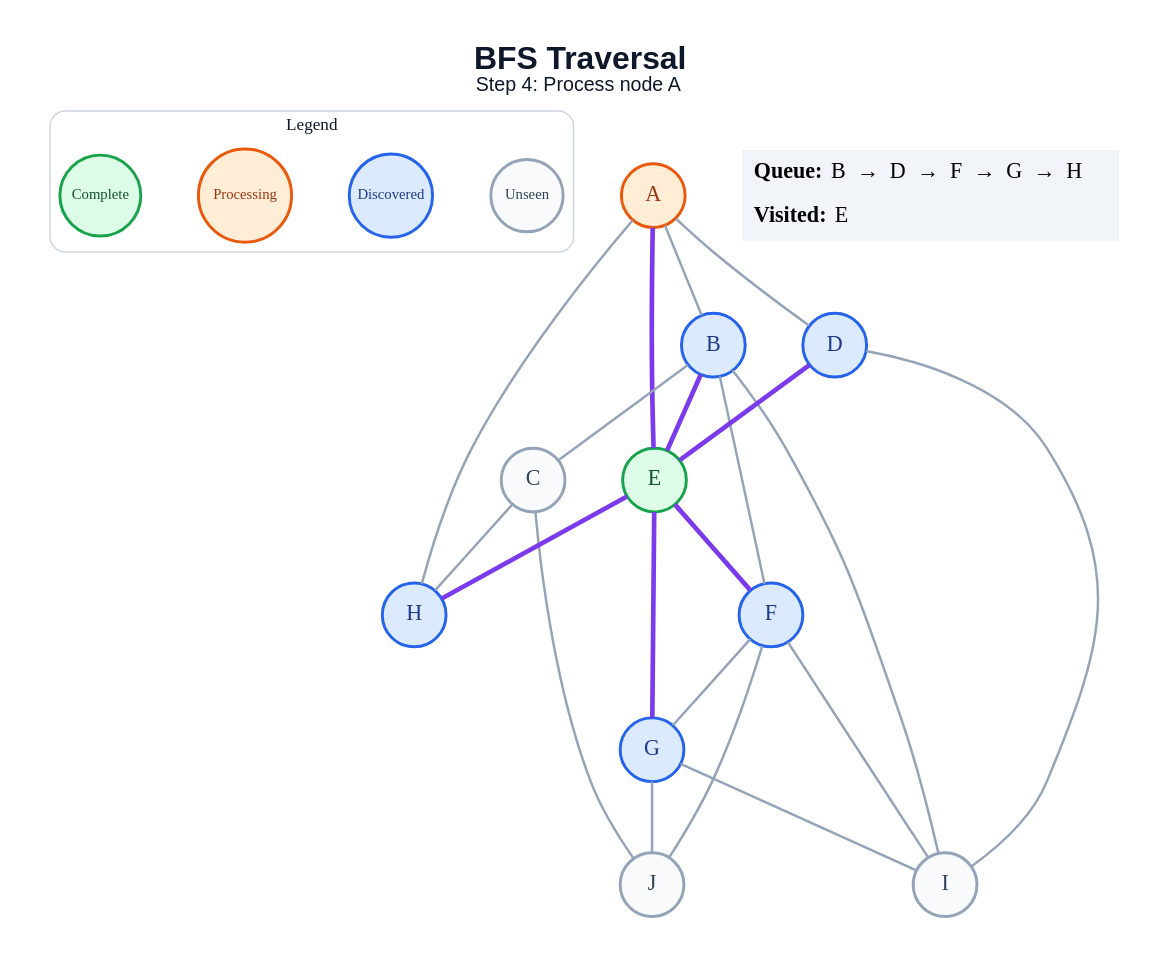
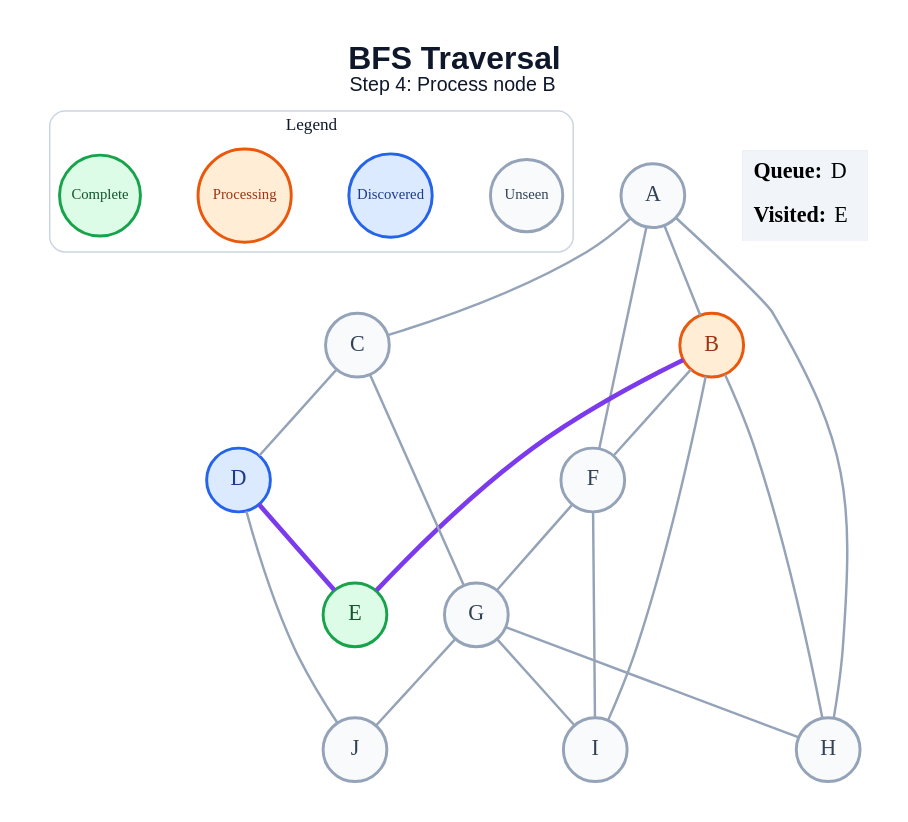
Before and after one commit to amanghodawala9/ai-slop: the diagram in generated/specific-node/bfs/step_04.dot, drawn with Graphviz. The commit also changed 178 other files, not shown here.

```diff
--- a/generated/specific-node/bfs/step_04.dot
+++ b/generated/specific-node/bfs/step_04.dot
@@ -1,49 +1,46 @@
 graph traversal {
   graph [layout=dot, rankdir=TB, bgcolor="#FFFFFF", pad="0.35", nodesep="0.65", ranksep="0.8", fontname="Arial"];
   node [shape=circle, style="filled", fontname="Arial Bold", fontsize=18, width=0.72, fixedsize=true, penwidth=2.4];
   edge [color="#94A3B8", penwidth=2.0];
-  label=<<B>BFS Traversal</B><BR/><FONT POINT-SIZE="16">Step 4: Process node A</FONT>>; labelloc="t"; fontsize=26; fontname="Arial"; fontcolor="#0F172A";
+  label=<<B>BFS Traversal</B><BR/><FONT POINT-SIZE="16">Step 4: Process node B</FONT>>; labelloc="t"; fontsize=26; fontname="Arial"; fontcolor="#0F172A";
   subgraph cluster_legend { label="Legend"; color="#CBD5E1"; penwidth=1.2; style="rounded"; fontsize=14; fontname="Arial Bold";
     key_unseen [label="Unseen", fillcolor="#F8FAFC", color="#94A3B8", fontcolor="#334155", fontsize=12, width=0.82];
     key_frontier [label="Discovered", fillcolor="#DBEAFE", color="#2563EB", fontcolor="#1E3A8A", fontsize=12, width=0.95];
     key_current [label="Processing", fillcolor="#FFEDD5", color="#EA580C", fontcolor="#9A3412", fontsize=12, width=1.05];
     key_done [label="Complete", fillcolor="#DCFCE7", color="#16A34A", fontcolor="#14532D", fontsize=12, width=0.92];
     { rank=same; key_unseen; key_frontier; key_current; key_done; }
   }
-  A [fillcolor="#FFEDD5", color="#EA580C", fontcolor="#9A3412"];
-  B [fillcolor="#DBEAFE", color="#2563EB", fontcolor="#1E3A8A"];
+  A [fillcolor="#F8FAFC", color="#94A3B8", fontcolor="#334155"];
+  B [fillcolor="#FFEDD5", color="#EA580C", fontcolor="#9A3412"];
   C [fillcolor="#F8FAFC", color="#94A3B8", fontcolor="#334155"];
   D [fillcolor="#DBEAFE", color="#2563EB", fontcolor="#1E3A8A"];
   E [fillcolor="#DCFCE7", color="#16A34A", fontcolor="#14532D"];
-  F [fillcolor="#DBEAFE", color="#2563EB", fontcolor="#1E3A8A"];
-  G [fillcolor="#DBEAFE", color="#2563EB", fontcolor="#1E3A8A"];
-  H [fillcolor="#DBEAFE", color="#2563EB", fontcolor="#1E3A8A"];
+  F [fillcolor="#F8FAFC", color="#94A3B8", fontcolor="#334155"];
+  G [fillcolor="#F8FAFC", color="#94A3B8", fontcolor="#334155"];
+  H [fillcolor="#F8FAFC", color="#94A3B8", fontcolor="#334155"];
   I [fillcolor="#F8FAFC", color="#94A3B8", fontcolor="#334155"];
   J [fillcolor="#F8FAFC", color="#94A3B8", fontcolor="#334155"];
   A -- B;
-  A -- D;
-  A -- E [color="#7C3AED", penwidth=3.8];
+  A -- C;
+  A -- F;
   A -- H;
-  B -- C;
   B -- E [color="#7C3AED", penwidth=3.8];
   B -- F;
+  B -- H;
   B -- I;
-  C -- H;
-  C -- J;
+  C -- D;
+  C -- G;
   D -- E [color="#7C3AED", penwidth=3.8];
-  D -- I;
-  E -- F [color="#7C3AED", penwidth=3.8];
-  E -- G [color="#7C3AED", penwidth=3.8];
-  E -- H [color="#7C3AED", penwidth=3.8];
+  D -- J;
   F -- G;
   F -- I;
-  F -- J;
+  G -- H;
   G -- I;
   G -- J;
   status [shape=plain, fixedsize=false, width=0, height=0, margin=0, label=<
     <TABLE BORDER="0" CELLBORDER="0" CELLPADDING="7" BGCOLOR="#F1F5F9">
-      <TR><TD ALIGN="LEFT"><B>Queue:</B> B  →  D  →  F  →  G  →  H</TD></TR>
+      <TR><TD ALIGN="LEFT"><B>Queue:</B> D</TD></TR>
       <TR><TD ALIGN="LEFT"><B>Visited:</B> E</TD></TR>
     </TABLE>
   >];
 }
```
